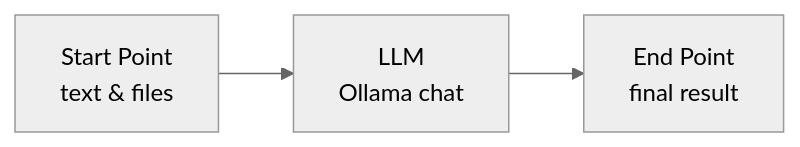
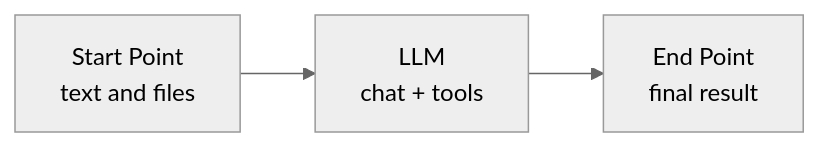
Before and after one commit to sumin-ma-1/operate-ai: the first of 2 diagrams in README.md, drawn with Mermaid (neutral theme). The commit also changed other lines of this file and 1 other file, not shown here.

````diff
--- a/README.md
+++ b/README.md
@@ -50,5 +30,5 @@
 ```mermaid
 flowchart LR
-  IN[Start Point\n text & files] --> LLM[LLM\n Ollama chat]
+  IN[Start Point\n text and files] --> LLM[LLM\n chat + tools]
   LLM --> OUT[End Point\n final result]
 ```
````
